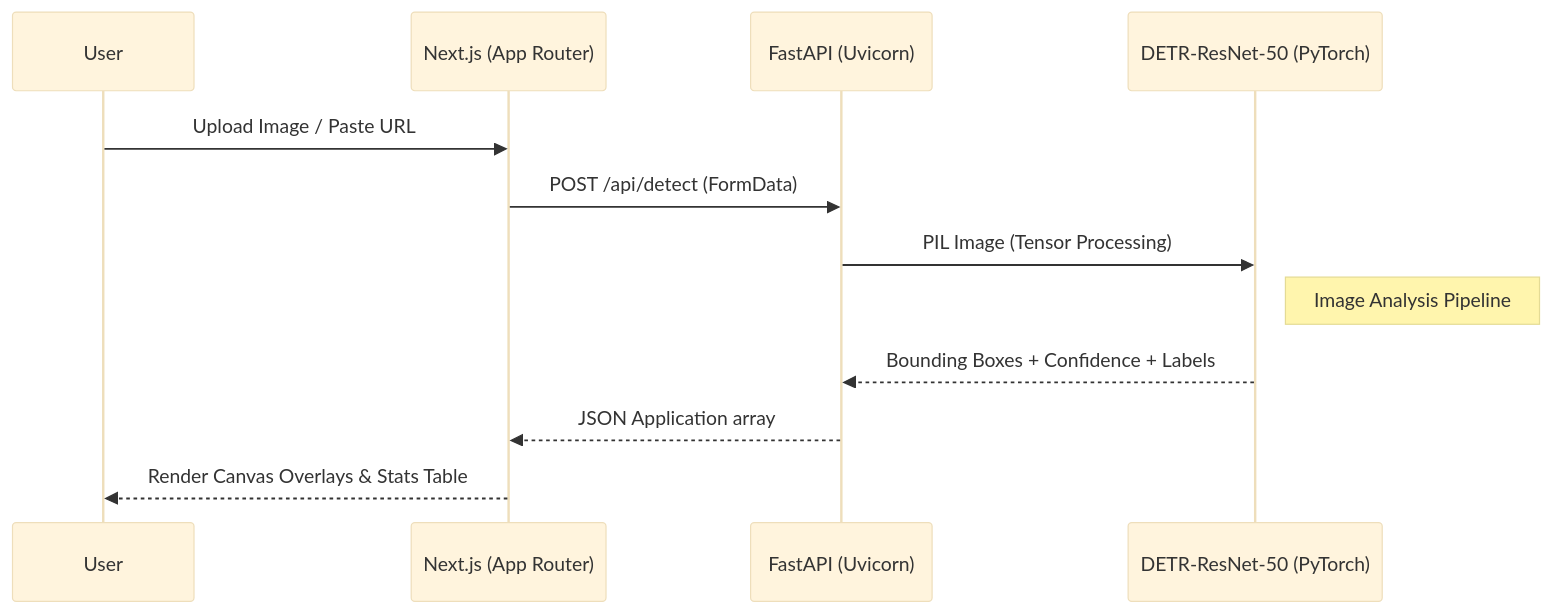
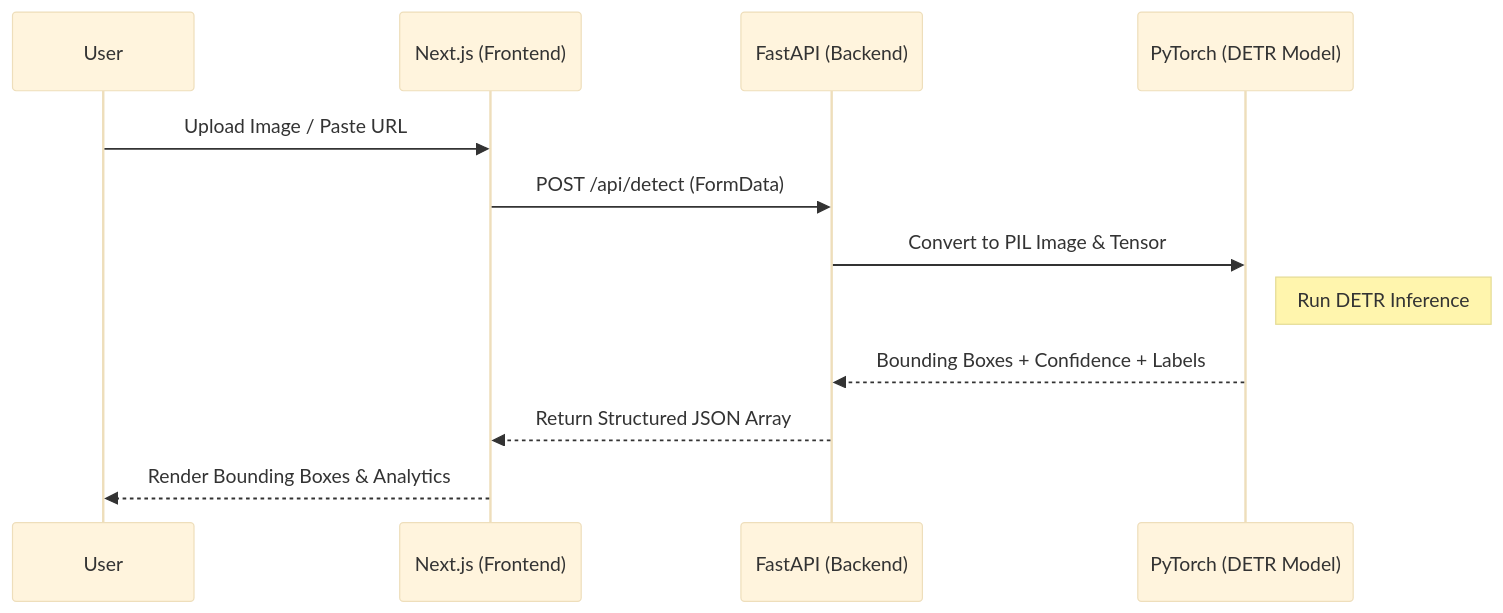
Before and after one commit to Victorralph7011/VisualIntel: the diagram in README.md, drawn with Mermaid (base theme). The commit also changed other lines of this file, not shown here.

````diff
--- a/README.md
+++ b/README.md
@@ -13,15 +31,15 @@
 ```mermaid
 sequenceDiagram
     participant User
-    participant Frontend as Next.js (App Router)
-    participant Backend as FastAPI (Uvicorn)
-    participant Model as DETR-ResNet-50 (PyTorch)
+    participant Next.js as Next.js (Frontend)
+    participant FastAPI as FastAPI (Backend)
+    participant PyTorch as PyTorch (DETR Model)
 
-    User->>Frontend: Upload Image / Paste URL
-    Frontend->>Backend: POST /api/detect (FormData)
-    Backend->>Model: PIL Image (Tensor Processing)
-    Note right of Model: Image Analysis Pipeline
-    Model-->>Backend: Bounding Boxes + Confidence + Labels
-    Backend-->>Frontend: JSON Application array
-    Frontend-->>User: Render Canvas Overlays & Stats Table
+    User->>Next.js: Upload Image / Paste URL
+    Next.js->>FastAPI: POST /api/detect (FormData)
+    FastAPI->>PyTorch: Convert to PIL Image & Tensor
+    Note right of PyTorch: Run DETR Inference
+    PyTorch-->>FastAPI: Bounding Boxes + Confidence + Labels
+    FastAPI-->>Next.js: Return Structured JSON Array
+    Next.js-->>User: Render Bounding Boxes & Analytics
 ```
````
